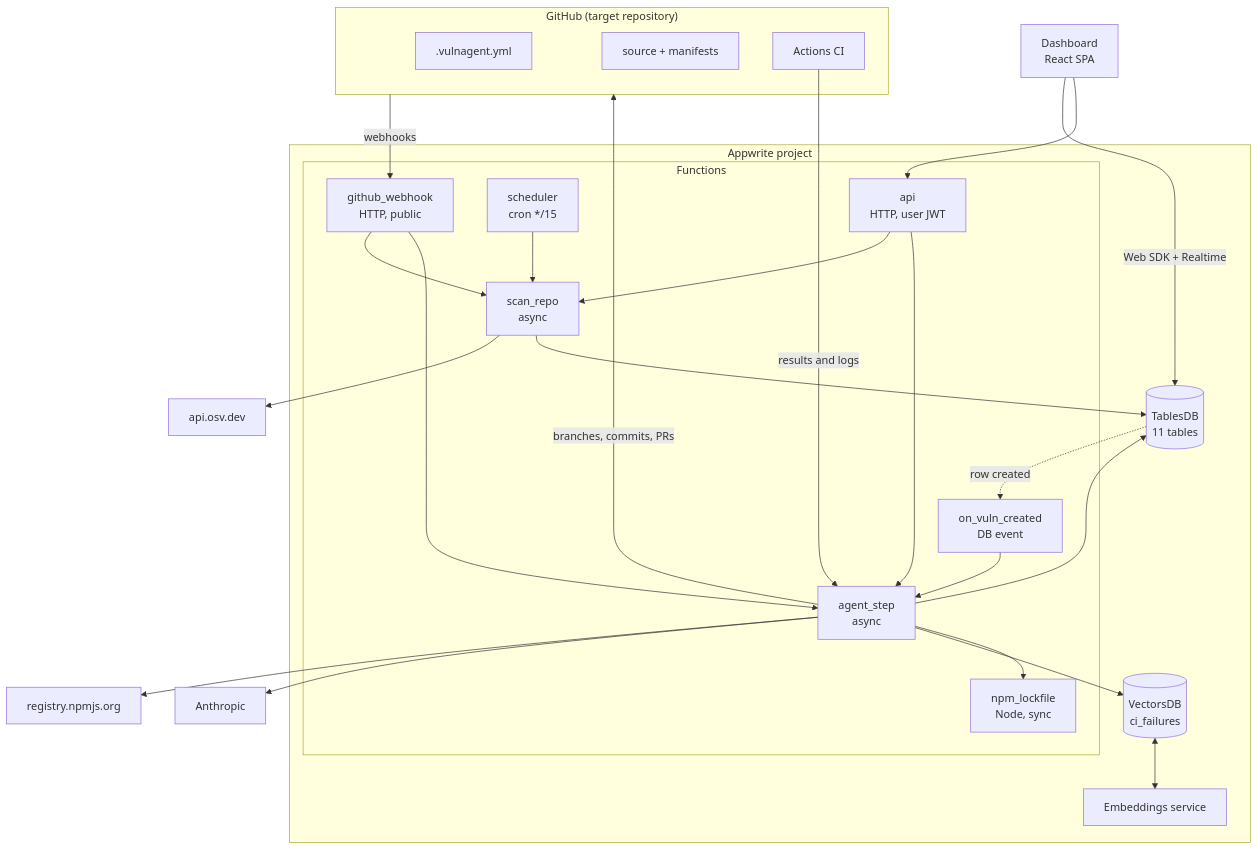
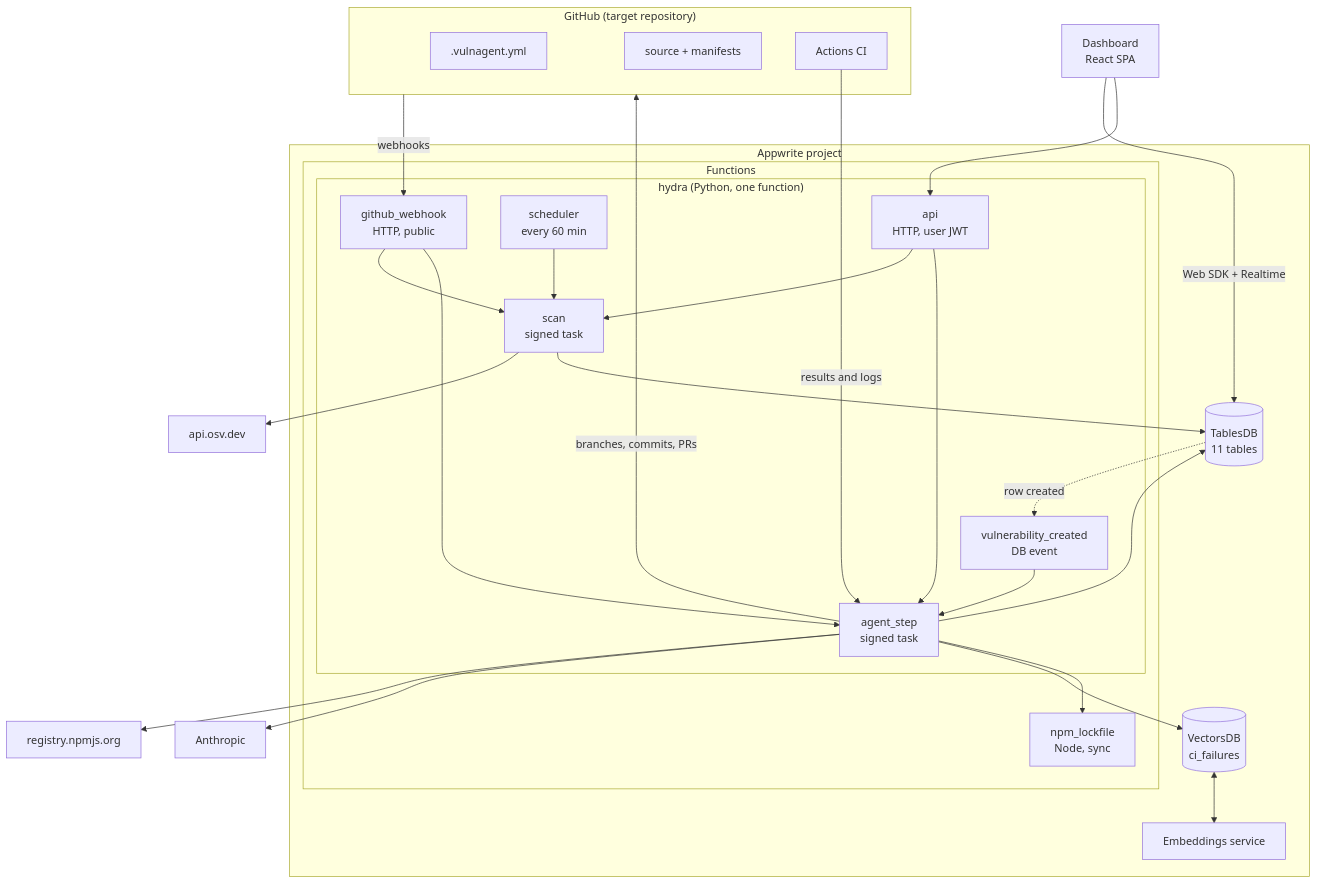
The first of 5 diagrams in docs/architecture.md (PranavViswanathan/Hydra), drawn with Mermaid before and after one commit. The commit also changed other lines of this file and 36 other files, not shown here.

````diff
--- a/docs/architecture.md
+++ b/docs/architecture.md
@@ -16,49 +17,51 @@
 ```mermaid
 flowchart TB
     subgraph GH["GitHub (target repository)"]
         CONFIG[".vulnagent.yml"]
         CODE["source + manifests"]
         ACTIONS["Actions CI"]
     end
 
     subgraph AW["Appwrite project"]
         subgraph FN["Functions"]
-            WEBHOOK["github_webhook<br/>HTTP, public"]
-            SCHED["scheduler<br/>cron */15"]
-            SCAN["scan_repo<br/>async"]
-            STEP["agent_step<br/>async"]
-            VULNEV["on_vuln_created<br/>DB event"]
-            API["api<br/>HTTP, user JWT"]
+            subgraph HYDRA["hydra (Python, one function)"]
+                WEBHOOK["github_webhook<br/>HTTP, public"]
+                SCHED["scheduler<br/>every 60 min"]
+                SCAN["scan<br/>signed task"]
+                STEP["agent_step<br/>signed task"]
+                VULNEV["vulnerability_created<br/>DB event"]
+                API["api<br/>HTTP, user JWT"]
+            end
             LOCK["npm_lockfile<br/>Node, sync"]
         end
         TABLES[("TablesDB<br/>11 tables")]
         VECTORS[("VectorsDB<br/>ci_failures")]
         EMBED["Embeddings service"]
     end
 
     DASH["Dashboard<br/>React SPA"]
     OSV["api.osv.dev"]
     NPM["registry.npmjs.org"]
     LLM["Anthropic"]
 
     GH -- "webhooks" --> WEBHOOK
     WEBHOOK --> SCAN
     WEBHOOK --> STEP
     SCHED --> SCAN
     SCAN --> OSV
     SCAN --> TABLES
     TABLES -. "row created" .-> VULNEV
     VULNEV --> STEP
     STEP --> NPM
     STEP --> LLM
     STEP --> VECTORS
     STEP --> TABLES
     STEP --> LOCK
     STEP -- "branches, commits, PRs" --> GH
     ACTIONS -- "results and logs" --> STEP
     VECTORS <--> EMBED
     DASH -- "Web SDK + Realtime" --> TABLES
     DASH --> API
     API --> SCAN
     API --> STEP
 ```
````
